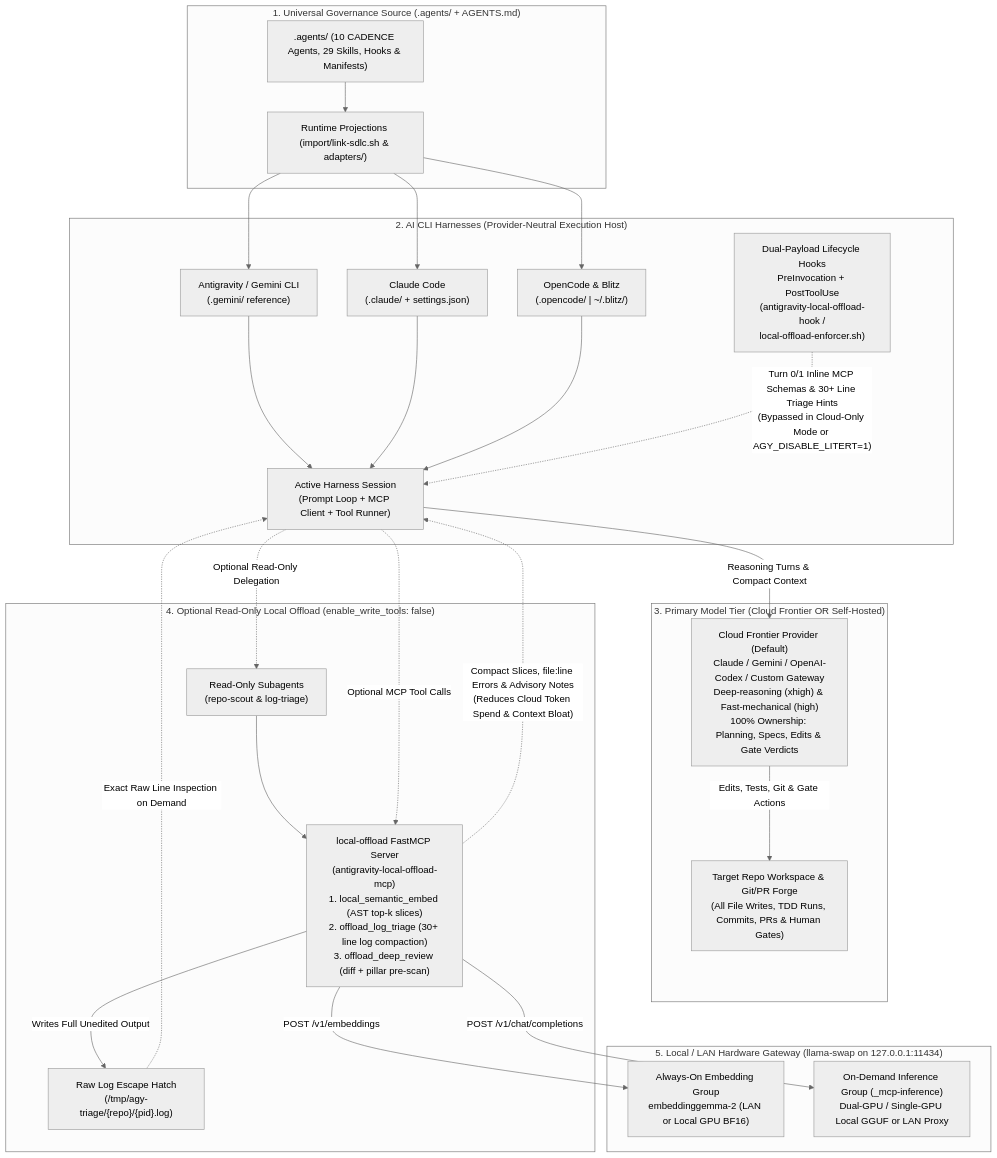
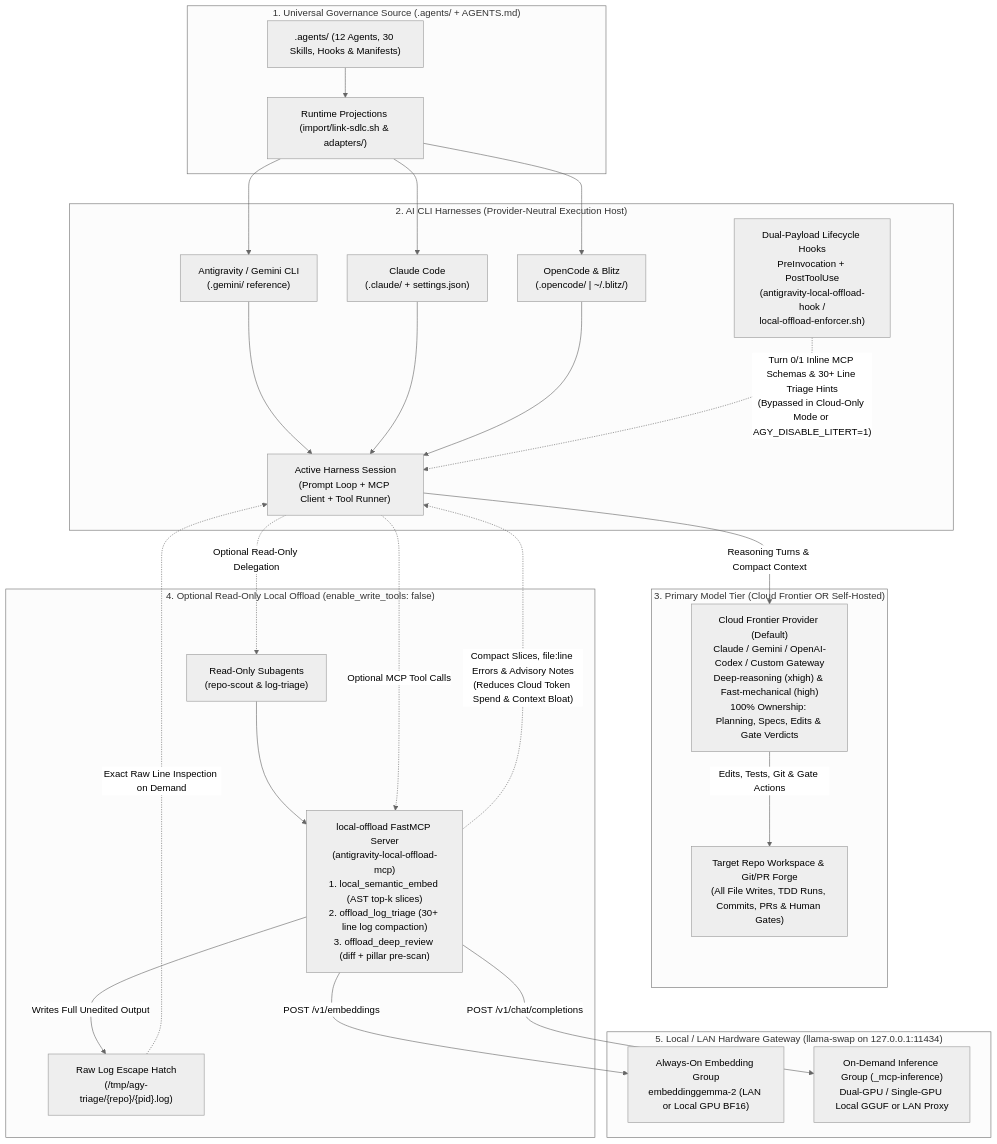
Before and after one commit to AndrewK4758/CADENCE: the diagram in README.md, drawn with Mermaid (neutral theme). The commit also changed other lines of this file and 23 other files, not shown here.

Commit message:
feat(skills): add /cadence-certainty empirical evidence & human-escalation gate

````diff
--- a/README.md
+++ b/README.md
@@ -41,52 +41,52 @@
 ```mermaid
 flowchart TB
     subgraph Source["1. Universal Governance Source (.agents/ + AGENTS.md)"]
-        AG[".agents/ (10 CADENCE Agents, 29 Skills, Hooks & Manifests)"]
+        AG[".agents/ (12 Agents, 30 Skills, Hooks & Manifests)"]
         AD["Runtime Projections (import/link-sdlc.sh & adapters/)"]
         AG --> AD
     end
 
     subgraph Harnesses["2. AI CLI Harnesses (Provider-Neutral Execution Host)"]
         H1["Antigravity / Gemini CLI\n(.gemini/ reference)"]
         H2["Claude Code\n(.claude/ + settings.json)"]
         H3["OpenCode & Blitz\n(.opencode/ | ~/.blitz/)"]
         BUS["Active Harness Session\n(Prompt Loop + MCP Client + Tool Runner)"]
         HK["Dual-Payload Lifecycle Hooks\nPreInvocation + PostToolUse\n(antigravity-local-offload-hook /\nlocal-offload-enforcer.sh)"]
         H1 --> BUS
         H2 --> BUS
         H3 --> BUS
         HK -.->|"Turn 0/1 Inline MCP Schemas & 30+ Line Triage Hints\n(Bypassed in Cloud-Only Mode or AGY_DISABLE_LITERT=1)"| BUS
     end
 
     AD --> H1
     AD --> H2
     AD --> H3
 
     subgraph Primary["3. Primary Model Tier (Cloud Frontier OR Self-Hosted)"]
         CF["Cloud Frontier Provider (Default)\nClaude / Gemini / OpenAI-Codex / Custom Gateway\nDeep-reasoning (xhigh) & Fast-mechanical (high)\n100% Ownership: Planning, Specs, Edits & Gate Verdicts"]
         WS["Target Repo Workspace & Git/PR Forge\n(All File Writes, TDD Runs, Commits, PRs & Human Gates)"]
     end
 
     BUS -->|"Reasoning Turns & Compact Context"| CF
     CF -->|"Edits, Tests, Git & Gate Actions"| WS
 
     subgraph Offload["4. Optional Read-Only Local Offload (enable_write_tools: false)"]
         SUB["Read-Only Subagents\n(repo-scout & log-triage)"]
         MCP["local-offload FastMCP Server\n(antigravity-local-offload-mcp)\n1. local_semantic_embed (AST top-k slices)\n2. offload_log_triage (30+ line log compaction)\n3. offload_deep_review (diff + pillar pre-scan)"]
         RAW["Raw Log Escape Hatch\n(/tmp/agy-triage/{repo}/{pid}.log)"]
         SUB --> MCP
         MCP -->|"Writes Full Unedited Output"| RAW
     end
 
     subgraph Gateway["5. Local / LAN Hardware Gateway (llama-swap on 127.0.0.1:11434)"]
         EMB["Always-On Embedding Group\nembeddinggemma-2 (LAN or Local GPU BF16)"]
         INF["On-Demand Inference Group (_mcp-inference)\nDual-GPU / Single-GPU Local GGUF or LAN Proxy"]
     end
 
     BUS -.->|"Optional Read-Only Delegation"| SUB
     BUS -.->|"Optional MCP Tool Calls"| MCP
     MCP -->|"POST /v1/embeddings"| EMB
     MCP -->|"POST /v1/chat/completions"| INF
     MCP -.->|"Compact Slices, file:line Errors & Advisory Notes\n(Reduces Cloud Token Spend & Context Bloat)"| BUS
     RAW -.->|"Exact Raw Line Inspection on Demand"| BUS
 ```
````
